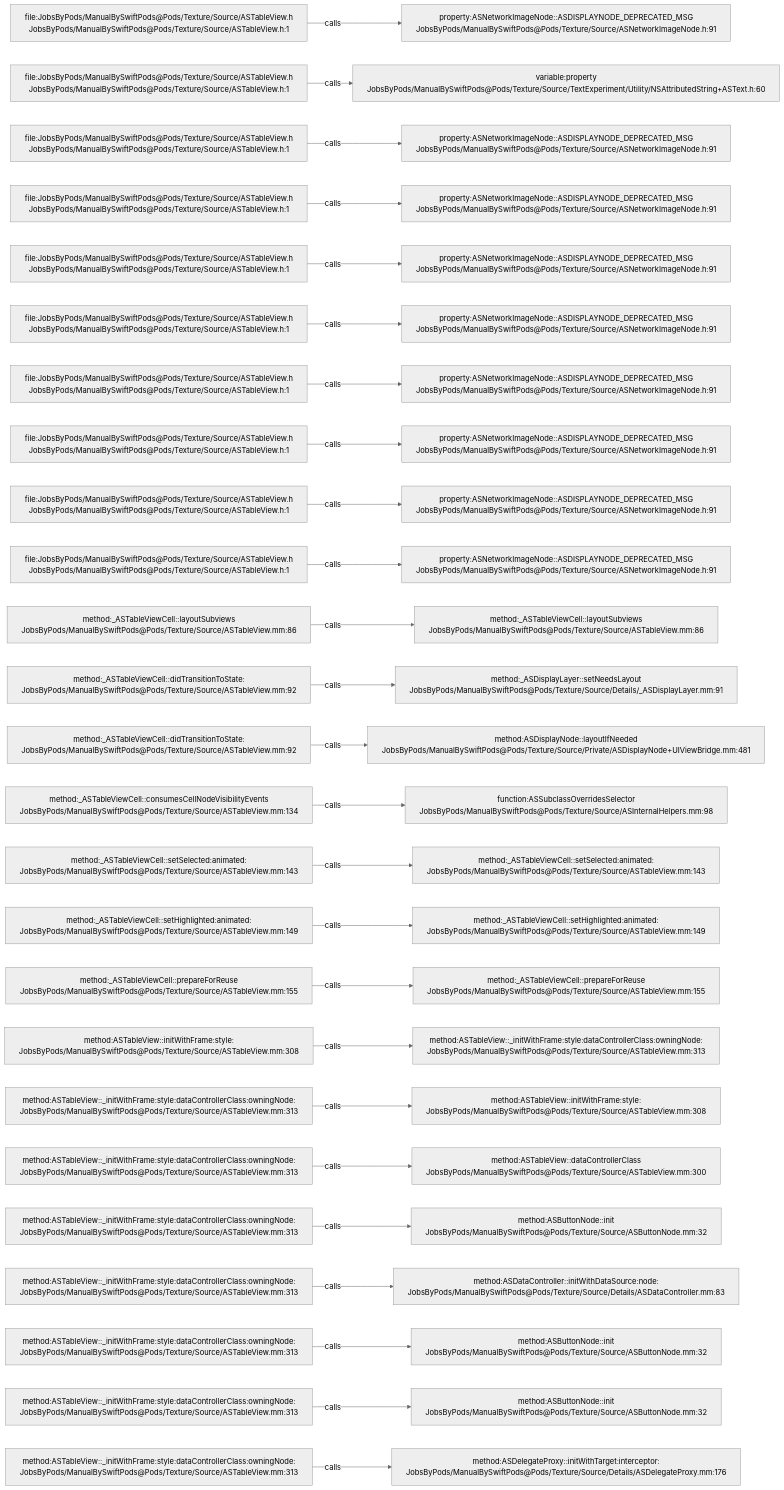
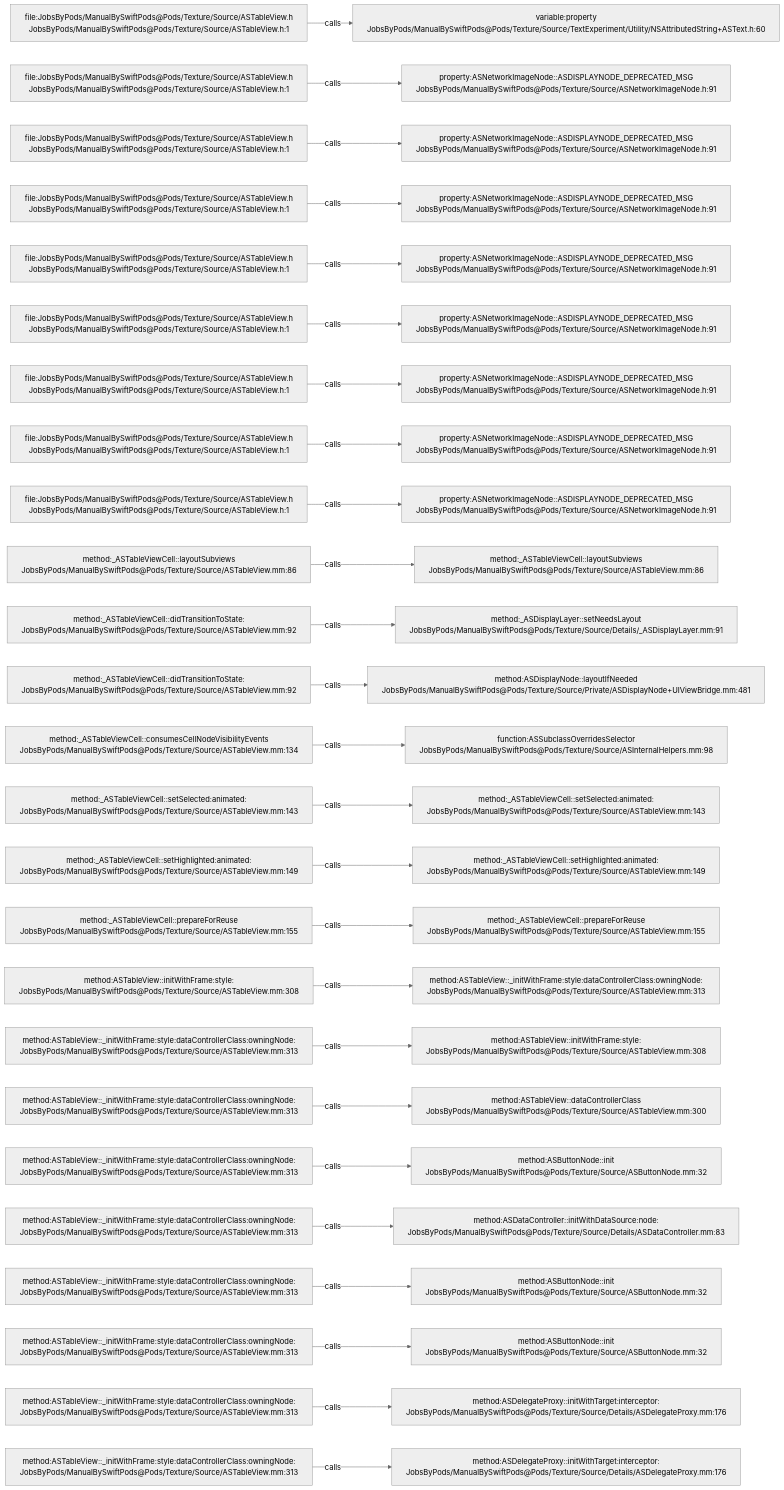
The diagram in .codegraph/codegraph.md/graphs/calls-058.md (JobsKits/JobsSwiftBaseConfigDemo), drawn with Mermaid (neutral theme) before and after one commit. The commit also changed 747 other files, not shown here.

````diff
--- a/.codegraph/codegraph.md/graphs/calls-058.md
+++ b/.codegraph/codegraph.md/graphs/calls-058.md
@@ -13,78 +13,78 @@
 ```mermaid
 flowchart LR
   S1["file:JobsByPods/ManualBySwiftPods@Pods/Texture/Source/ASTableView.h<br/>JobsByPods/ManualBySwiftPods@Pods/Texture/Source/ASTableView.h:1"]
-  T1["property:ASNetworkImageNode::ASDISPLAYNODE_DEPRECATED_MSG<br/>JobsByPods/ManualBySwiftPods@Pods/Texture/Source/ASNetworkImageNode.h:91"]
+  T1["variable:property<br/>JobsByPods/ManualBySwiftPods@Pods/Texture/Source/TextExperiment/Utility/NSAttributedString+ASText.h:60"]
   S1 -->|calls| T1
   S2["file:JobsByPods/ManualBySwiftPods@Pods/Texture/Source/ASTableView.h<br/>JobsByPods/ManualBySwiftPods@Pods/Texture/Source/ASTableView.h:1"]
-  T2["variable:property<br/>JobsByPods/ManualBySwiftPods@Pods/Texture/Source/TextExperiment/Utility/NSAttributedString+ASText.h:60"]
+  T2["property:ASNetworkImageNode::ASDISPLAYNODE_DEPRECATED_MSG<br/>JobsByPods/ManualBySwiftPods@Pods/Texture/Source/ASNetworkImageNode.h:91"]
   S2 -->|calls| T2
   S3["file:JobsByPods/ManualBySwiftPods@Pods/Texture/Source/ASTableView.h<br/>JobsByPods/ManualBySwiftPods@Pods/Texture/Source/ASTableView.h:1"]
   T3["property:ASNetworkImageNode::ASDISPLAYNODE_DEPRECATED_MSG<br/>JobsByPods/ManualBySwiftPods@Pods/Texture/Source/ASNetworkImageNode.h:91"]
   S3 -->|calls| T3
   S4["file:JobsByPods/ManualBySwiftPods@Pods/Texture/Source/ASTableView.h<br/>JobsByPods/ManualBySwiftPods@Pods/Texture/Source/ASTableView.h:1"]
   T4["property:ASNetworkImageNode::ASDISPLAYNODE_DEPRECATED_MSG<br/>JobsByPods/ManualBySwiftPods@Pods/Texture/Source/ASNetworkImageNode.h:91"]
   S4 -->|calls| T4
   S5["file:JobsByPods/ManualBySwiftPods@Pods/Texture/Source/ASTableView.h<br/>JobsByPods/ManualBySwiftPods@Pods/Texture/Source/ASTableView.h:1"]
   T5["property:ASNetworkImageNode::ASDISPLAYNODE_DEPRECATED_MSG<br/>JobsByPods/ManualBySwiftPods@Pods/Texture/Source/ASNetworkImageNode.h:91"]
   S5 -->|calls| T5
   S6["file:JobsByPods/ManualBySwiftPods@Pods/Texture/Source/ASTableView.h<br/>JobsByPods/ManualBySwiftPods@Pods/Texture/Source/ASTableView.h:1"]
   T6["property:ASNetworkImageNode::ASDISPLAYNODE_DEPRECATED_MSG<br/>JobsByPods/ManualBySwiftPods@Pods/Texture/Source/ASNetworkImageNode.h:91"]
   S6 -->|calls| T6
   S7["file:JobsByPods/ManualBySwiftPods@Pods/Texture/Source/ASTableView.h<br/>JobsByPods/ManualBySwiftPods@Pods/Texture/Source/ASTableView.h:1"]
   T7["property:ASNetworkImageNode::ASDISPLAYNODE_DEPRECATED_MSG<br/>JobsByPods/ManualBySwiftPods@Pods/Texture/Source/ASNetworkImageNode.h:91"]
   S7 -->|calls| T7
   S8["file:JobsByPods/ManualBySwiftPods@Pods/Texture/Source/ASTableView.h<br/>JobsByPods/ManualBySwiftPods@Pods/Texture/Source/ASTableView.h:1"]
   T8["property:ASNetworkImageNode::ASDISPLAYNODE_DEPRECATED_MSG<br/>JobsByPods/ManualBySwiftPods@Pods/Texture/Source/ASNetworkImageNode.h:91"]
   S8 -->|calls| T8
   S9["file:JobsByPods/ManualBySwiftPods@Pods/Texture/Source/ASTableView.h<br/>JobsByPods/ManualBySwiftPods@Pods/Texture/Source/ASTableView.h:1"]
   T9["property:ASNetworkImageNode::ASDISPLAYNODE_DEPRECATED_MSG<br/>JobsByPods/ManualBySwiftPods@Pods/Texture/Source/ASNetworkImageNode.h:91"]
   S9 -->|calls| T9
-  S10["file:JobsByPods/ManualBySwiftPods@Pods/Texture/Source/ASTableView.h<br/>JobsByPods/ManualBySwiftPods@Pods/Texture/Source/ASTableView.h:1"]
-  T10["property:ASNetworkImageNode::ASDISPLAYNODE_DEPRECATED_MSG<br/>JobsByPods/ManualBySwiftPods@Pods/Texture/Source/ASNetworkImageNode.h:91"]
+  S10["method:_ASTableViewCell::layoutSubviews<br/>JobsByPods/ManualBySwiftPods@Pods/Texture/Source/ASTableView.mm:86"]
+  T10["method:_ASTableViewCell::layoutSubviews<br/>JobsByPods/ManualBySwiftPods@Pods/Texture/Source/ASTableView.mm:86"]
   S10 -->|calls| T10
-  S11["method:_ASTableViewCell::layoutSubviews<br/>JobsByPods/ManualBySwiftPods@Pods/Texture/Source/ASTableView.mm:86"]
-  T11["method:_ASTableViewCell::layoutSubviews<br/>JobsByPods/ManualBySwiftPods@Pods/Texture/Source/ASTableView.mm:86"]
+  S11["method:_ASTableViewCell::didTransitionToState:<br/>JobsByPods/ManualBySwiftPods@Pods/Texture/Source/ASTableView.mm:92"]
+  T11["method:_ASDisplayLayer::setNeedsLayout<br/>JobsByPods/ManualBySwiftPods@Pods/Texture/Source/Details/_ASDisplayLayer.mm:91"]
   S11 -->|calls| T11
   S12["method:_ASTableViewCell::didTransitionToState:<br/>JobsByPods/ManualBySwiftPods@Pods/Texture/Source/ASTableView.mm:92"]
-  T12["method:_ASDisplayLayer::setNeedsLayout<br/>JobsByPods/ManualBySwiftPods@Pods/Texture/Source/Details/_ASDisplayLayer.mm:91"]
+  T12["method:ASDisplayNode::layoutIfNeeded<br/>JobsByPods/ManualBySwiftPods@Pods/Texture/Source/Private/ASDisplayNode+UIViewBridge.mm:481"]
   S12 -->|calls| T12
-  S13["method:_ASTableViewCell::didTransitionToState:<br/>JobsByPods/ManualBySwiftPods@Pods/Texture/Source/ASTableView.mm:92"]
-  T13["method:ASDisplayNode::layoutIfNeeded<br/>JobsByPods/ManualBySwiftPods@Pods/Texture/Source/Private/ASDisplayNode+UIViewBridge.mm:481"]
+  S13["method:_ASTableViewCell::consumesCellNodeVisibilityEvents<br/>JobsByPods/ManualBySwiftPods@Pods/Texture/Source/ASTableView.mm:134"]
+  T13["function:ASSubclassOverridesSelector<br/>JobsByPods/ManualBySwiftPods@Pods/Texture/Source/ASInternalHelpers.mm:98"]
   S13 -->|calls| T13
-  S14["method:_ASTableViewCell::consumesCellNodeVisibilityEvents<br/>JobsByPods/ManualBySwiftPods@Pods/Texture/Source/ASTableView.mm:134"]
-  T14["function:ASSubclassOverridesSelector<br/>JobsByPods/ManualBySwiftPods@Pods/Texture/Source/ASInternalHelpers.mm:98"]
+  S14["method:_ASTableViewCell::setSelected:animated:<br/>JobsByPods/ManualBySwiftPods@Pods/Texture/Source/ASTableView.mm:143"]
+  T14["method:_ASTableViewCell::setSelected:animated:<br/>JobsByPods/ManualBySwiftPods@Pods/Texture/Source/ASTableView.mm:143"]
   S14 -->|calls| T14
-  S15["method:_ASTableViewCell::setSelected:animated:<br/>JobsByPods/ManualBySwiftPods@Pods/Texture/Source/ASTableView.mm:143"]
-  T15["method:_ASTableViewCell::setSelected:animated:<br/>JobsByPods/ManualBySwiftPods@Pods/Texture/Source/ASTableView.mm:143"]
+  S15["method:_ASTableViewCell::setHighlighted:animated:<br/>JobsByPods/ManualBySwiftPods@Pods/Texture/Source/ASTableView.mm:149"]
+  T15["method:_ASTableViewCell::setHighlighted:animated:<br/>JobsByPods/ManualBySwiftPods@Pods/Texture/Source/ASTableView.mm:149"]
   S15 -->|calls| T15
-  S16["method:_ASTableViewCell::setHighlighted:animated:<br/>JobsByPods/ManualBySwiftPods@Pods/Texture/Source/ASTableView.mm:149"]
-  T16["method:_ASTableViewCell::setHighlighted:animated:<br/>JobsByPods/ManualBySwiftPods@Pods/Texture/Source/ASTableView.mm:149"]
+  S16["method:_ASTableViewCell::prepareForReuse<br/>JobsByPods/ManualBySwiftPods@Pods/Texture/Source/ASTableView.mm:155"]
+  T16["method:_ASTableViewCell::prepareForReuse<br/>JobsByPods/ManualBySwiftPods@Pods/Texture/Source/ASTableView.mm:155"]
   S16 -->|calls| T16
-  S17["method:_ASTableViewCell::prepareForReuse<br/>JobsByPods/ManualBySwiftPods@Pods/Texture/Source/ASTableView.mm:155"]
-  T17["method:_ASTableViewCell::prepareForReuse<br/>JobsByPods/ManualBySwiftPods@Pods/Texture/Source/ASTableView.mm:155"]
+  S17["method:ASTableView::initWithFrame:style:<br/>JobsByPods/ManualBySwiftPods@Pods/Texture/Source/ASTableView.mm:308"]
+  T17["method:ASTableView::_initWithFrame:style:dataControllerClass:owningNode:<br/>JobsByPods/ManualBySwiftPods@Pods/Texture/Source/ASTableView.mm:313"]
   S17 -->|calls| T17
-  S18["method:ASTableView::initWithFrame:style:<br/>JobsByPods/ManualBySwiftPods@Pods/Texture/Source/ASTableView.mm:308"]
-  T18["method:ASTableView::_initWithFrame:style:dataControllerClass:owningNode:<br/>JobsByPods/ManualBySwiftPods@Pods/Texture/Source/ASTableView.mm:313"]
+  S18["method:ASTableView::_initWithFrame:style:dataControllerClass:owningNode:<br/>JobsByPods/ManualBySwiftPods@Pods/Texture/Source/ASTableView.mm:313"]
+  T18["method:ASTableView::initWithFrame:style:<br/>JobsByPods/ManualBySwiftPods@Pods/Texture/Source/ASTableView.mm:308"]
   S18 -->|calls| T18
   S19["method:ASTableView::_initWithFrame:style:dataControllerClass:owningNode:<br/>JobsByPods/ManualBySwiftPods@Pods/Texture/Source/ASTableView.mm:313"]
-  T19["method:ASTableView::initWithFrame:style:<br/>JobsByPods/ManualBySwiftPods@Pods/Texture/Source/ASTableView.mm:308"]
+  T19["method:ASTableView::dataControllerClass<br/>JobsByPods/ManualBySwiftPods@Pods/Texture/Source/ASTableView.mm:300"]
   S19 -->|calls| T19
   S20["method:ASTableView::_initWithFrame:style:dataControllerClass:owningNode:<br/>JobsByPods/ManualBySwiftPods@Pods/Texture/Source/ASTableView.mm:313"]
-  T20["method:ASTableView::dataControllerClass<br/>JobsByPods/ManualBySwiftPods@Pods/Texture/Source/ASTableView.mm:300"]
+  T20["method:ASButtonNode::init<br/>JobsByPods/ManualBySwiftPods@Pods/Texture/Source/ASButtonNode.mm:32"]
   S20 -->|calls| T20
   S21["method:ASTableView::_initWithFrame:style:dataControllerClass:owningNode:<br/>JobsByPods/ManualBySwiftPods@Pods/Texture/Source/ASTableView.mm:313"]
-  T21["method:ASButtonNode::init<br/>JobsByPods/ManualBySwiftPods@Pods/Texture/Source/ASButtonNode.mm:32"]
+  T21["method:ASDataController::initWithDataSource:node:<br/>JobsByPods/ManualBySwiftPods@Pods/Texture/Source/Details/ASDataController.mm:83"]
   S21 -->|calls| T21
   S22["method:ASTableView::_initWithFrame:style:dataControllerClass:owningNode:<br/>JobsByPods/ManualBySwiftPods@Pods/Texture/Source/ASTableView.mm:313"]
-  T22["method:ASDataController::initWithDataSource:node:<br/>JobsByPods/ManualBySwiftPods@Pods/Texture/Source/Details/ASDataController.mm:83"]
+  T22["method:ASButtonNode::init<br/>JobsByPods/ManualBySwiftPods@Pods/Texture/Source/ASButtonNode.mm:32"]
   S22 -->|calls| T22
   S23["method:ASTableView::_initWithFrame:style:dataControllerClass:owningNode:<br/>JobsByPods/ManualBySwiftPods@Pods/Texture/Source/ASTableView.mm:313"]
   T23["method:ASButtonNode::init<br/>JobsByPods/ManualBySwiftPods@Pods/Texture/Source/ASButtonNode.mm:32"]
   S23 -->|calls| T23
   S24["method:ASTableView::_initWithFrame:style:dataControllerClass:owningNode:<br/>JobsByPods/ManualBySwiftPods@Pods/Texture/Source/ASTableView.mm:313"]
-  T24["method:ASButtonNode::init<br/>JobsByPods/ManualBySwiftPods@Pods/Texture/Source/ASButtonNode.mm:32"]
+  T24["method:ASDelegateProxy::initWithTarget:interceptor:<br/>JobsByPods/ManualBySwiftPods@Pods/Texture/Source/Details/ASDelegateProxy.mm:176"]
   S24 -->|calls| T24
   S25["method:ASTableView::_initWithFrame:style:dataControllerClass:owningNode:<br/>JobsByPods/ManualBySwiftPods@Pods/Texture/Source/ASTableView.mm:313"]
   T25["method:ASDelegateProxy::initWithTarget:interceptor:<br/>JobsByPods/ManualBySwiftPods@Pods/Texture/Source/Details/ASDelegateProxy.mm:176"]
   S25 -->|calls| T25
 ```
````
